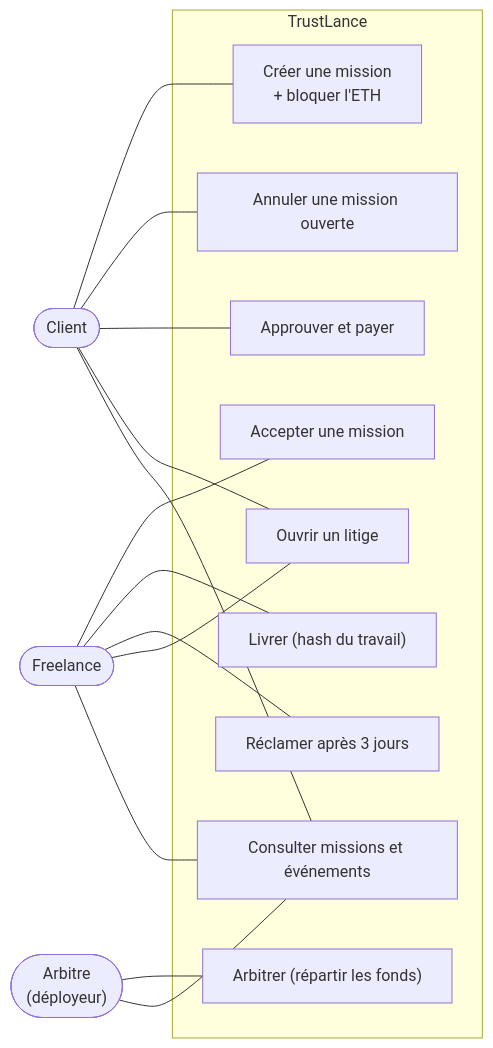
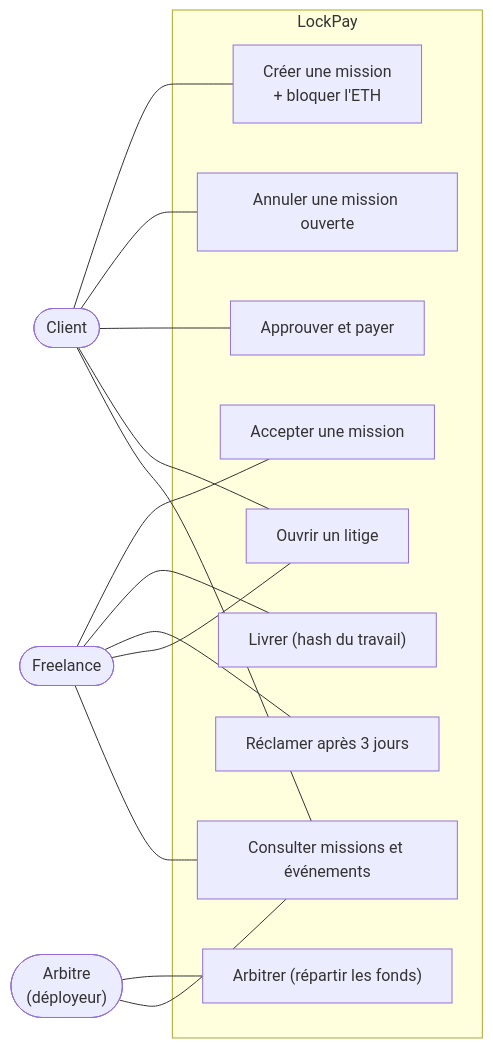
One commit to IsmailMechkene/LockPay changed the second of 4 diagrams in docs/architecture.md. Above: the diagram before and after it, drawn with Mermaid. The commit also changed other lines of this file and 17 other files, not shown here.

Commit message:
Rename project from TrustLance to LockPay

````diff
--- a/docs/architecture.md
+++ b/docs/architecture.md
@@ -52,31 +52,31 @@
 ```mermaid
 flowchart LR
     C(["Client"])
     F(["Freelance"])
     A(["Arbitre<br/>(déployeur)"])
 
-    subgraph TrustLance
+    subgraph LockPay
         UC1["Créer une mission<br/>+ bloquer l'ETH"]
         UC2["Annuler une mission ouverte"]
         UC3["Accepter une mission"]
         UC4["Livrer (hash du travail)"]
         UC5["Approuver et payer"]
         UC6["Réclamer après 3 jours"]
         UC7["Ouvrir un litige"]
         UC8["Arbitrer (répartir les fonds)"]
         UC9["Consulter missions et événements"]
     end
 
     C --- UC1
     C --- UC2
     C --- UC5
     C --- UC7
     F --- UC3
     F --- UC4
     F --- UC6
     F --- UC7
     A --- UC8
     C --- UC9
     F --- UC9
     A --- UC9
 ```
````
